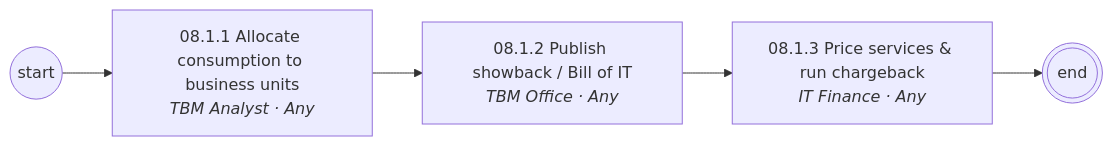
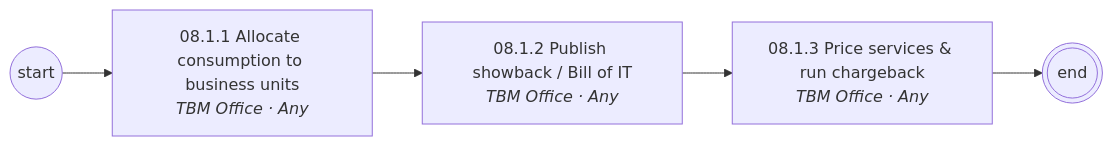
One commit to corbyjames/apptio-process-catalog changed the second of 3 diagrams in diagrams/mermaid/area-08.md. Above: the diagram before and after it, drawn with Mermaid. The commit also changed other lines of this file and 251 other files, not shown here.

````diff
--- a/diagrams/mermaid/area-08.md
+++ b/diagrams/mermaid/area-08.md
@@ -23,11 +19,11 @@
 ```mermaid
 flowchart LR
   S((start))
-  N08_1_1["08.1.1 Allocate consumption to business units<br/><i>TBM Analyst · Any</i>"]
+  N08_1_1["08.1.1 Allocate consumption to business units<br/><i>TBM Office · Any</i>"]
   S --> N08_1_1
   N08_1_2["08.1.2 Publish showback / Bill of IT<br/><i>TBM Office · Any</i>"]
   N08_1_1 --> N08_1_2
-  N08_1_3["08.1.3 Price services & run chargeback<br/><i>IT Finance · Any</i>"]
+  N08_1_3["08.1.3 Price services & run chargeback<br/><i>TBM Office · Any</i>"]
   N08_1_2 --> N08_1_3
   N08_1_3 --> E(((end)))
 ```
````
